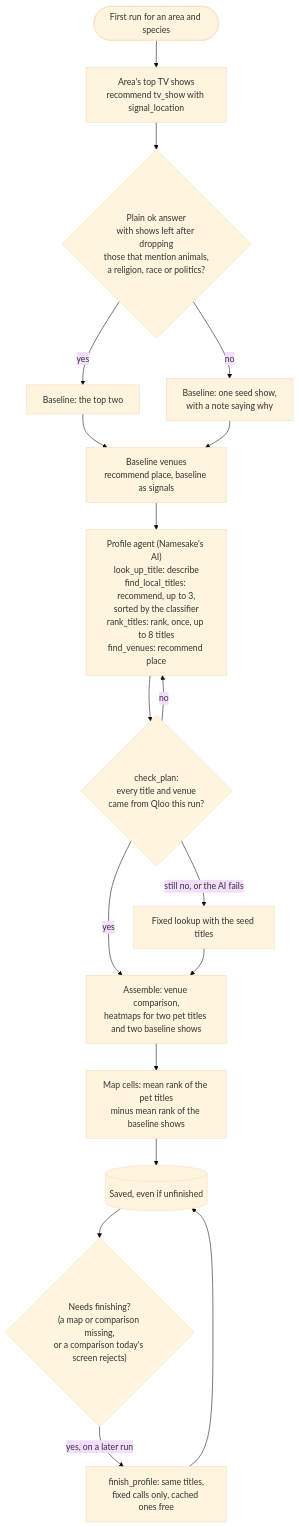
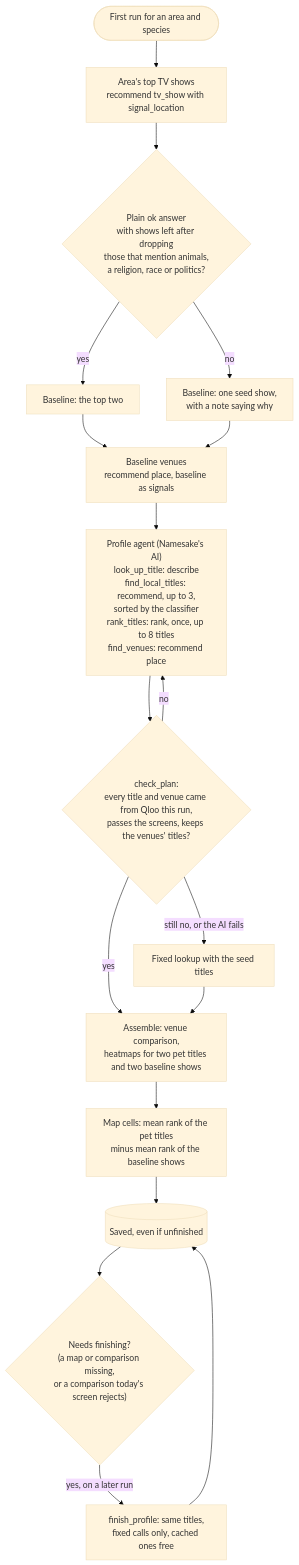
One commit to bsabau/namesake changed the third of 5 diagrams in docs/architecture.md. Above: the diagram before and after it, drawn with Mermaid (base theme). The commit also changed other lines of this file and 7 other files, not shown here.

First line of the commit message:
Venue titles: the place each choice rests on is kept and shown; no signal from the search itself

````diff
--- a/docs/architecture.md
+++ b/docs/architecture.md
@@ -128,20 +128,20 @@
 ```mermaid
 flowchart TD
     start(["First run for an area and species"]) --> tastes["Area's top TV shows<br/>recommend tv_show with signal_location"]
     tastes --> usable{"Plain ok answer<br/>with shows left after dropping<br/>those that mention animals,<br/>a religion, race or politics?"}
     usable -- yes --> base["Baseline: the top two"]
     usable -- no --> seed["Baseline: one seed show,<br/>with a note saying why"]
     base --> basevenues["Baseline venues<br/>recommend place, baseline as signals"]
     seed --> basevenues
     basevenues --> ai["Profile agent (Namesake's AI)<br/>look_up_title: describe<br/>find_local_titles: recommend, up to 3,<br/>sorted by the classifier<br/>rank_titles: rank, once, up to 8 titles<br/>find_venues: recommend place"]
-    ai --> check{"check_plan:<br/>every title and venue<br/>came from Qloo this run?"}
+    ai --> check{"check_plan:<br/>every title and venue came from Qloo this run,<br/>passes the screens, keeps the venues' titles?"}
     check -- no --> ai
     check -- "still no, or the AI fails" --> fixed["Fixed lookup with the seed titles"]
     check -- yes --> assemble
     fixed --> assemble["Assemble: venue comparison,<br/>heatmaps for two pet titles and two baseline shows"]
     assemble --> lift["Map cells: mean rank of the pet titles<br/>minus mean rank of the baseline shows"]
     lift --> save[("Saved, even if unfinished")]
     save --> later{"Needs finishing?<br/>(a map or comparison missing,<br/>or a comparison today's screen rejects)"}
     later -- "yes, on a later run" --> finish["finish_profile: same titles,<br/>fixed calls only, cached ones free"]
     finish --> save
 ```
````
